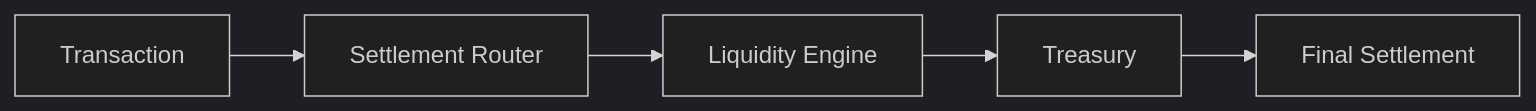
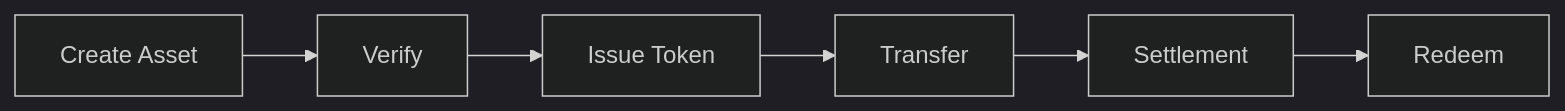
One commit to powerchain-protocol/checkout-sdk changed the fourth of 6 diagrams in assets/architecture/README.md. Above: the diagram before and after it, drawn with Mermaid (dark theme). The commit also changed other lines of this file, not shown here.

````diff
--- a/assets/architecture/README.md
+++ b/assets/architecture/README.md
@@ -455,22 +383,22 @@
 ```mermaid
 flowchart LR
 
-A[Transaction]
+CREATE[Create Asset]
 
-B[Settlement Router]
+VERIFY[Verify]
 
-C[Liquidity Engine]
+ISSUE[Issue Token]
 
-D[Treasury]
+TRANSFER[Transfer]
 
-E[Final Settlement]
+SETTLE[Settlement]
+
+REDEEM[Redeem]
 
 
-A --> B
-
-B --> C
-
-C --> D
-
-D --> E
+CREATE --> VERIFY
+VERIFY --> ISSUE
+ISSUE --> TRANSFER
+TRANSFER --> SETTLE
+SETTLE --> REDEEM
 ```
````
